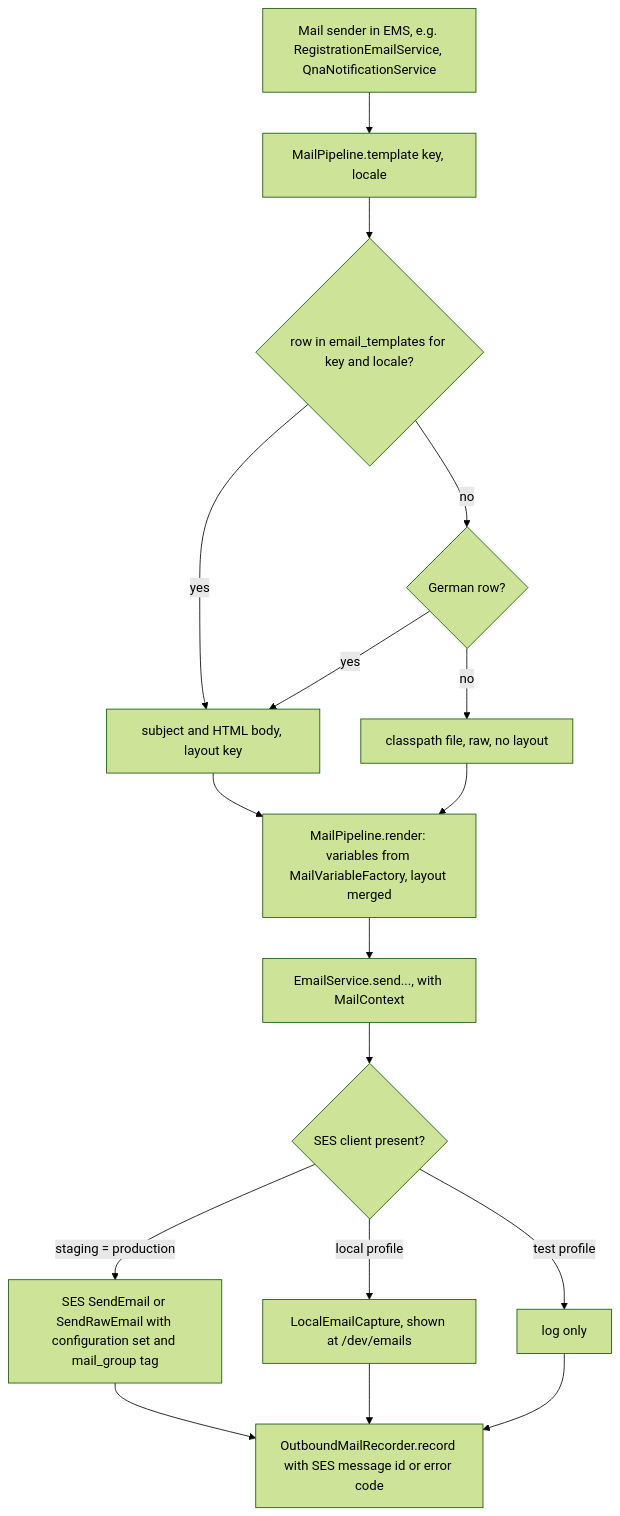
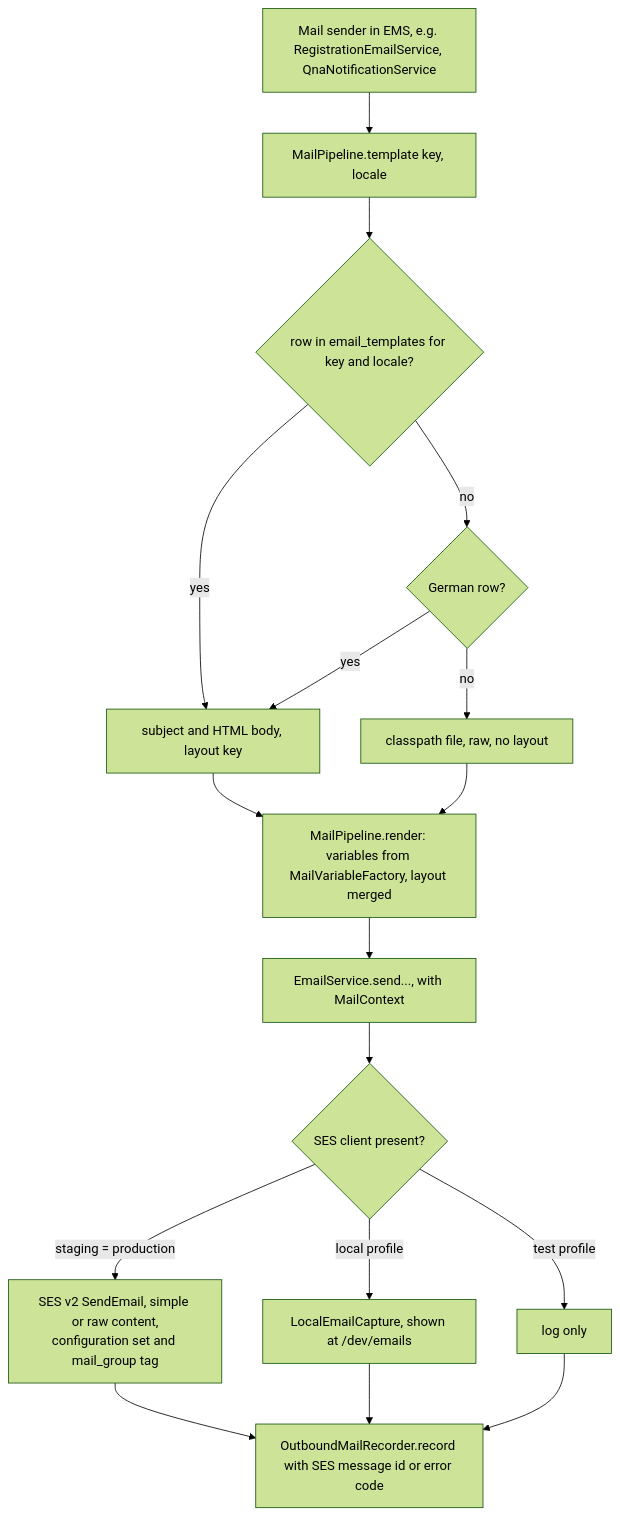
One commit to nissimbuchs/BATbern2 changed the fourth of 6 diagrams in docs/architecture/06d-notification-system.md. Above: the diagram before and after it, drawn with Mermaid (forest theme). The commit also changed other lines of this file and 351 other files, not shown here.

````diff
--- a/docs/architecture/06d-notification-system.md
+++ b/docs/architecture/06d-notification-system.md
@@ -405,19 +412,19 @@
 ```mermaid
 flowchart TD
     CALLER["Mail sender in EMS, e.g. RegistrationEmailService, QnaNotificationService"] --> T["MailPipeline.template key, locale"]
     T --> L1{"row in email_templates for key and locale?"}
     L1 -->|yes| C["subject and HTML body, layout key"]
     L1 -->|no| L2{"German row?"}
     L2 -->|yes| C
     L2 -->|no| L3["classpath file, raw, no layout"]
     C --> R["MailPipeline.render: variables from MailVariableFactory, layout merged"]
     L3 --> R
     R --> SEND["EmailService.send..., with MailContext"]
     SEND --> Q{"SES client present?"}
-    Q -->|"staging = production"| SES["SES SendEmail or SendRawEmail with configuration set and mail_group tag"]
+    Q -->|"staging = production"| SES["SES v2 SendEmail, simple or raw content,<br/>configuration set and mail_group tag"]
     Q -->|"local profile"| CAP["LocalEmailCapture, shown at /dev/emails"]
     Q -->|"test profile"| LOG["log only"]
     SES --> REC["OutboundMailRecorder.record with SES message id or error code"]
     CAP --> REC
     LOG --> REC
 ```
````
